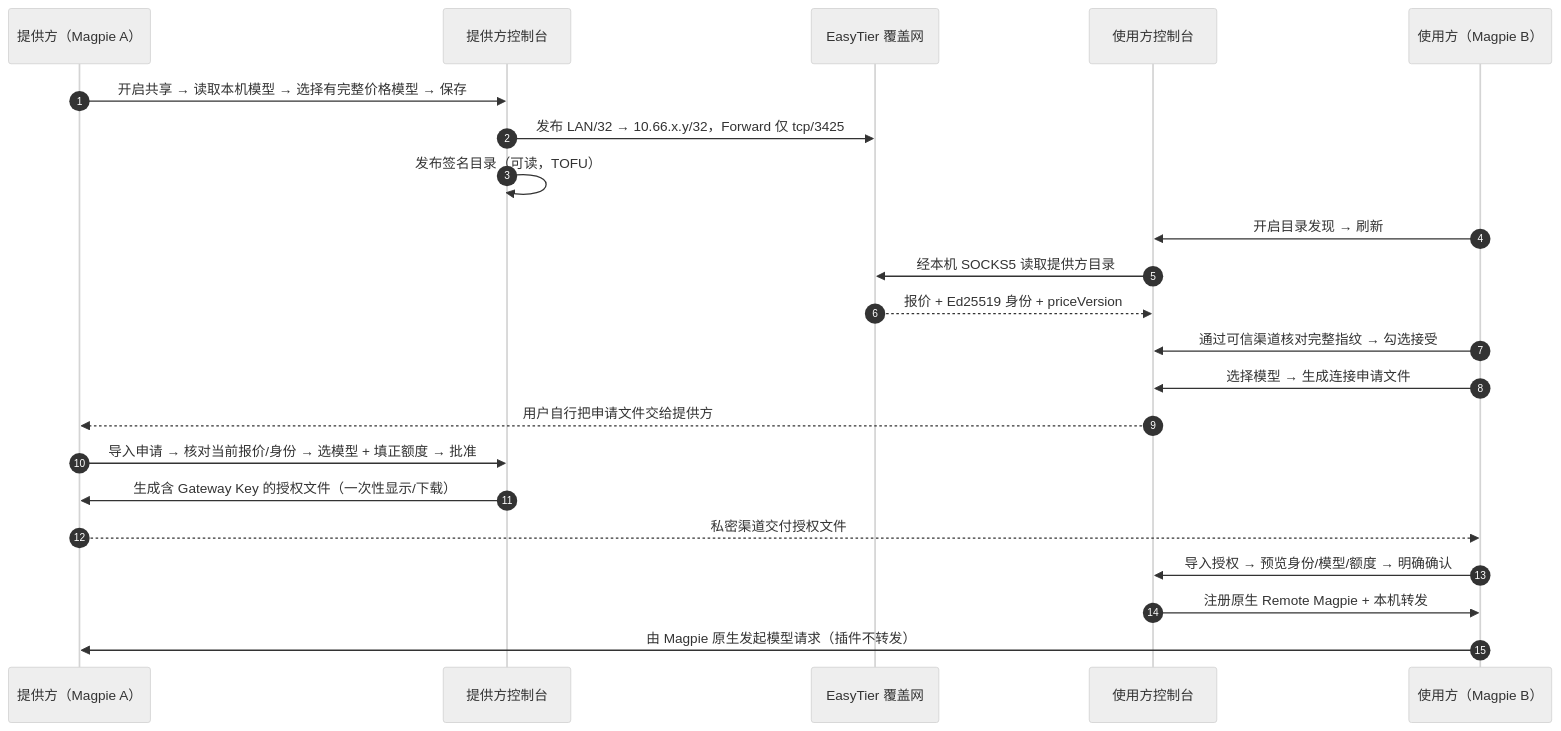
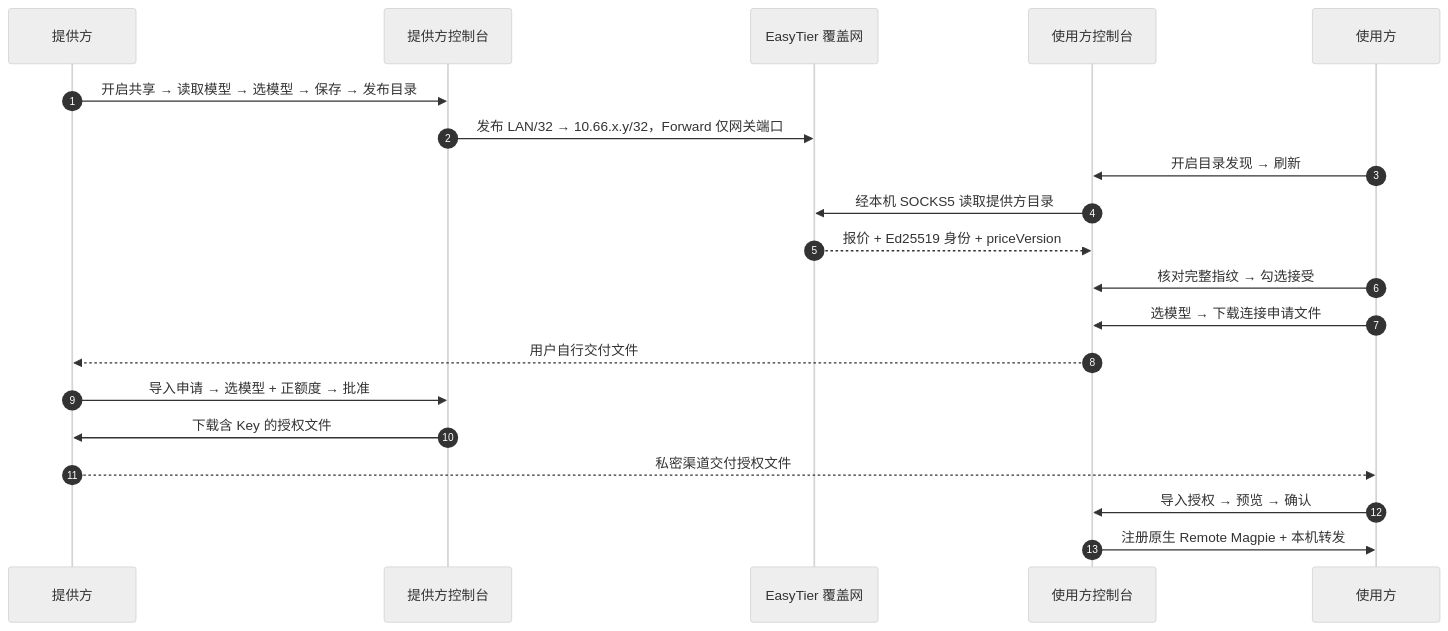
One commit to faithleysath/magpie-oh-my-aihub changed the second of 7 diagrams in docs/phase10/FLOWS.md. Above: the diagram before and after it, drawn with Mermaid (neutral theme). The commit also changed other lines of this file and 2 other files, not shown here.

````diff
--- a/docs/phase10/FLOWS.md
+++ b/docs/phase10/FLOWS.md
@@ -49,25 +50,23 @@
 ```mermaid
 sequenceDiagram
   autonumber
-  participant P as 提供方（Magpie A）
+  participant P as 提供方
   participant PC as 提供方控制台
   participant ET as EasyTier 覆盖网
   participant CC as 使用方控制台
-  participant C as 使用方（Magpie B）
+  participant C as 使用方
 
-  P->>PC: 开启共享 → 读取本机模型 → 选择有完整价格模型 → 保存
-  PC->>ET: 发布 LAN/32 → 10.66.x.y/32，Forward 仅 tcp/3425
-  PC->>PC: 发布签名目录（可读，TOFU）
+  P->>PC: 开启共享 → 读取模型 → 选模型 → 保存 → 发布目录
+  PC->>ET: 发布 LAN/32 → 10.66.x.y/32，Forward 仅网关端口
   C->>CC: 开启目录发现 → 刷新
   CC->>ET: 经本机 SOCKS5 读取提供方目录
   ET-->>CC: 报价 + Ed25519 身份 + priceVersion
-  C->>CC: 通过可信渠道核对完整指纹 → 勾选接受
-  C->>CC: 选择模型 → 生成连接申请文件
-  CC-->>P: 用户自行把申请文件交给提供方
-  P->>PC: 导入申请 → 核对当前报价/身份 → 选模型 + 填正额度 → 批准
-  PC->>P: 生成含 Gateway Key 的授权文件（一次性显示/下载）
+  C->>CC: 核对完整指纹 → 勾选接受
+  C->>CC: 选模型 → 下载连接申请文件
+  CC-->>P: 用户自行交付文件
+  P->>PC: 导入申请 → 选模型 + 正额度 → 批准
+  PC->>P: 下载含 Key 的授权文件
   P-->>C: 私密渠道交付授权文件
-  C->>CC: 导入授权 → 预览身份/模型/额度 → 明确确认
+  C->>CC: 导入授权 → 预览 → 确认
   CC->>C: 注册原生 Remote Magpie + 本机转发
-  C->>P: 由 Magpie 原生发起模型请求（插件不转发）
 ```
````
